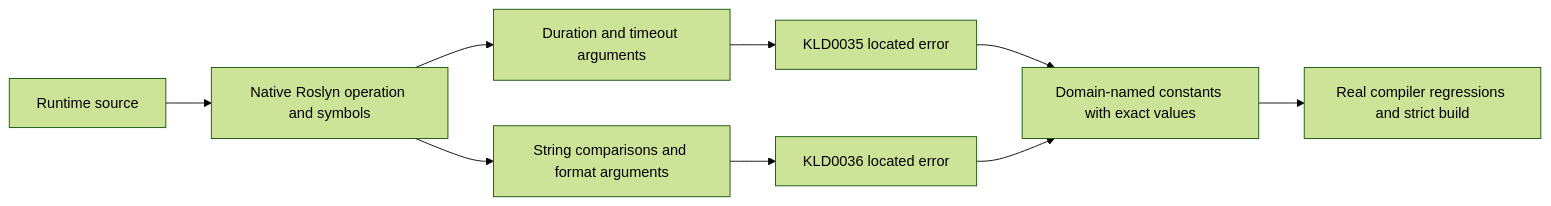
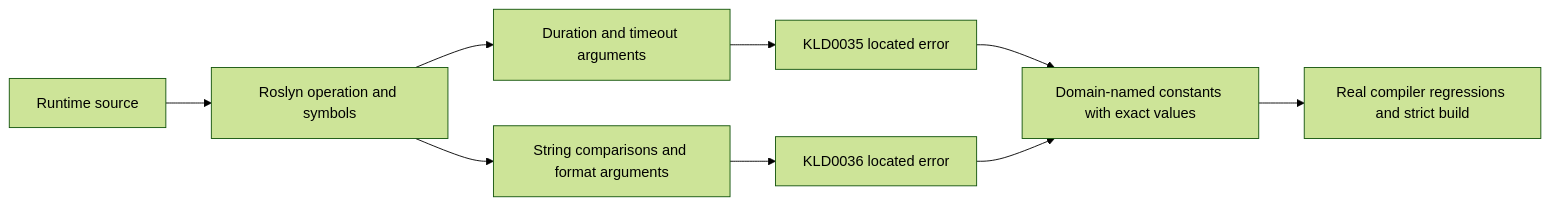
Before and after one commit to managedcode/KeyLoad: the diagram in docs/ADR/ADR-111-magic-runtime-values.md, drawn with Mermaid (forest theme). The commit also changed other lines of this file and 9016 other files, not shown here.

````diff
--- a/docs/ADR/ADR-111-magic-runtime-values.md
+++ b/docs/ADR/ADR-111-magic-runtime-values.md
@@ -25,11 +25,11 @@
 ```mermaid
 flowchart LR
-    Source[Runtime source] --> Binding[Native Roslyn operation and symbols]
+    Source[Runtime source] --> Binding[Roslyn operation and symbols]
     Binding --> Numeric[Duration and timeout arguments]
     Binding --> Text[String comparisons and format arguments]
     Numeric --> Error[KLD0035 located error]
     Text --> StringError[KLD0036 located error]
     Error --> Constants[Domain-named constants with exact values]
     StringError --> Constants
     Constants --> Gates[Real compiler regressions and strict build]
 ```
````
